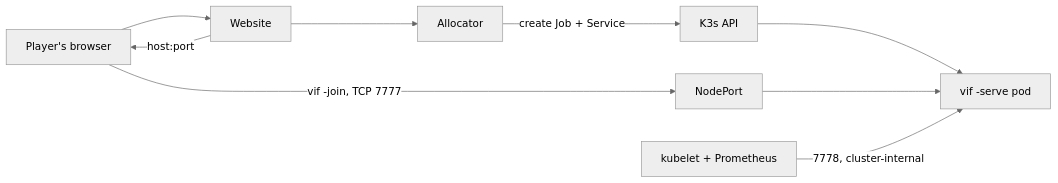
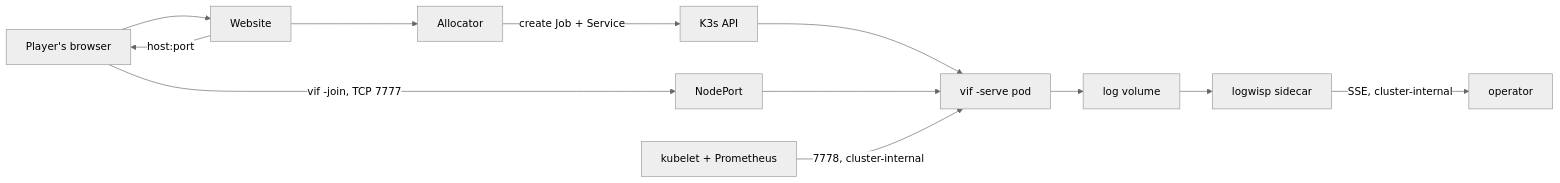
One commit to lixenwraith/vi-fighter changed the diagram in doc/kube_docker_deploy.md. Above: the diagram before and after it, drawn with Mermaid (neutral theme). The commit also changed other lines of this file and 35 other files, not shown here.

````diff
--- a/doc/kube_docker_deploy.md
+++ b/doc/kube_docker_deploy.md
@@ -30,10 +31,11 @@
 ```mermaid
 flowchart LR
     Player["Player's browser"] --> Site["Website"]
     Site --> Alloc["Allocator"]
     Alloc -->|"create Job + Service"| API["K3s API"]
     API --> Pod["vif -serve pod"]
     Site -->|"host:port"| Player
     Player -->|"vif -join, TCP 7777"| NP["NodePort"] --> Pod
     Kubelet["kubelet + Prometheus"] -->|"7778, cluster-internal"| Pod
+    Pod --> Vol["log volume"] --> Wisp["logwisp sidecar"] -->|"SSE, cluster-internal"| Ops["operator"]
 ```
````
